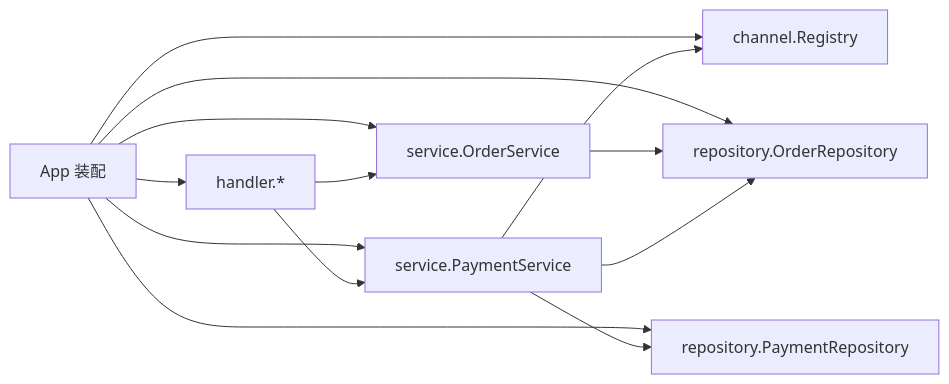
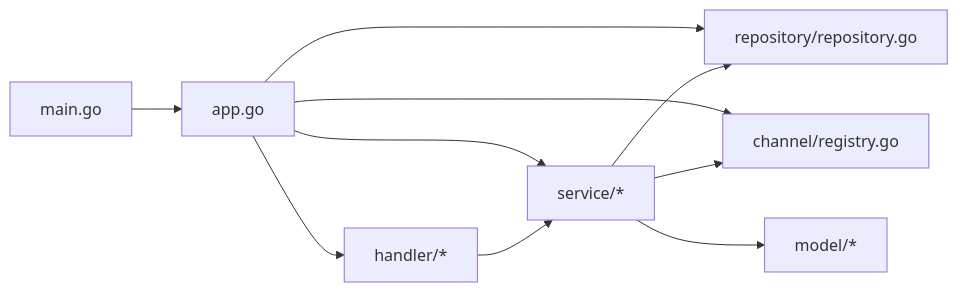
Before and after one commit to gbtdesign/payment: the ninth of 9 diagrams in .qoder/repowiki/zh/content/架构设计/架构设计.md, drawn with Mermaid. The commit also changed other lines of this file and 107 other files, not shown here.

````diff
--- a/.qoder/repowiki/zh/content/架构设计/架构设计.md
+++ b/.qoder/repowiki/zh/content/架构设计/架构设计.md
@@ -378,15 +343,12 @@
 ```mermaid
 graph LR
-App["App 装配"] --> Registry["channel.Registry"]
-App --> OrdersRepo["repository.OrderRepository"]
-App --> PaymentsRepo["repository.PaymentRepository"]
-App --> OrderSvc["service.OrderService"]
-App --> PaymentSvc["service.PaymentService"]
-App --> Handlers["handler.*"]
-Handlers --> OrderSvc
-Handlers --> PaymentSvc
-PaymentSvc --> Registry
-OrderSvc --> OrdersRepo
-PaymentSvc --> OrdersRepo
-PaymentSvc --> PaymentsRepo
+Main["main.go"] --> App["app.go"]
+App --> Handler["handler/*"]
+App --> Service["service/*"]
+App --> RepoIntf["repository/repository.go"]
+App --> Channel["channel/registry.go"]
+Handler --> Service
+Service --> RepoIntf
+Service --> Channel
+Service --> Model["model/*"]
 ```
````
